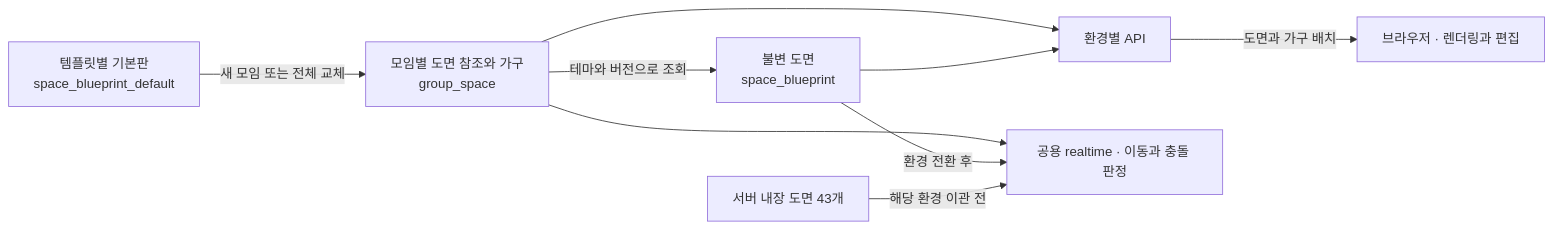
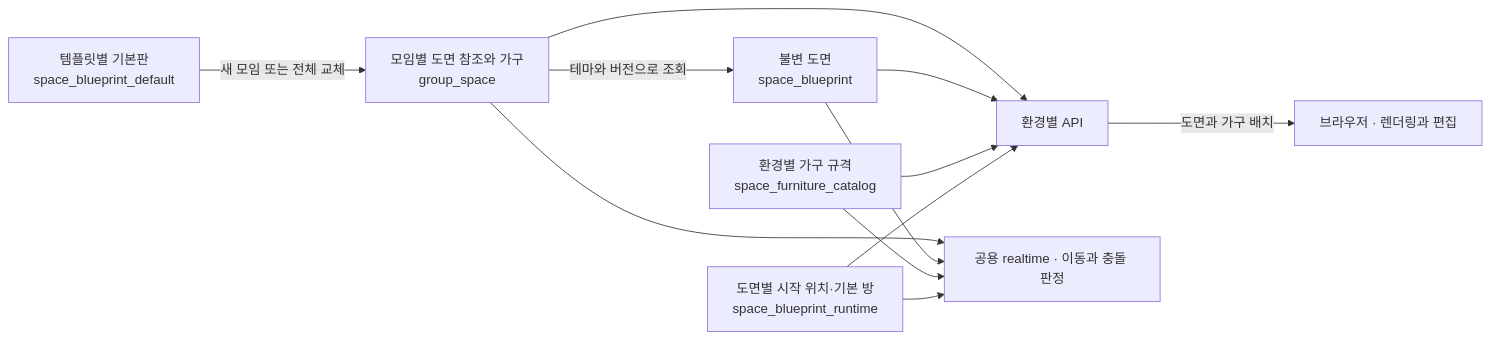
Before and after one commit to woowacourse-teams/2026-jarihana: the second of 2 diagrams in docs/clubhouse-realtime-architecture.md, drawn with Mermaid. The commit also changed other lines of this file and 109 other files, not shown here.

````diff
--- a/docs/clubhouse-realtime-architecture.md
+++ b/docs/clubhouse-realtime-architecture.md
@@ -85,11 +85,14 @@
 ```mermaid
 flowchart LR
     DEFAULT["템플릿별 기본판<br/>space_blueprint_default"] -->|새 모임 또는 전체 교체| GROUP["모임별 도면 참조와 가구<br/>group_space"]
     GROUP -->|테마와 버전으로 조회| PLAN["불변 도면<br/>space_blueprint"]
     GROUP --> API["환경별 API"]
     PLAN --> API
     API -->|도면과 가구 배치| BROWSER["브라우저 · 렌더링과 편집"]
     GROUP --> RT["공용 realtime · 이동과 충돌 판정"]
-    PLAN -->|환경 전환 후| RT
-    BUILT["서버 내장 도면 43개"] -->|해당 환경 이관 전| RT
+    PLAN --> RT
+    CATALOG["환경별 가구 규격<br/>space_furniture_catalog"] --> RT
+    CATALOG --> API
+    INITIAL["도면별 시작 위치·기본 방<br/>space_blueprint_runtime"] --> RT
+    INITIAL --> API
 ```
````
